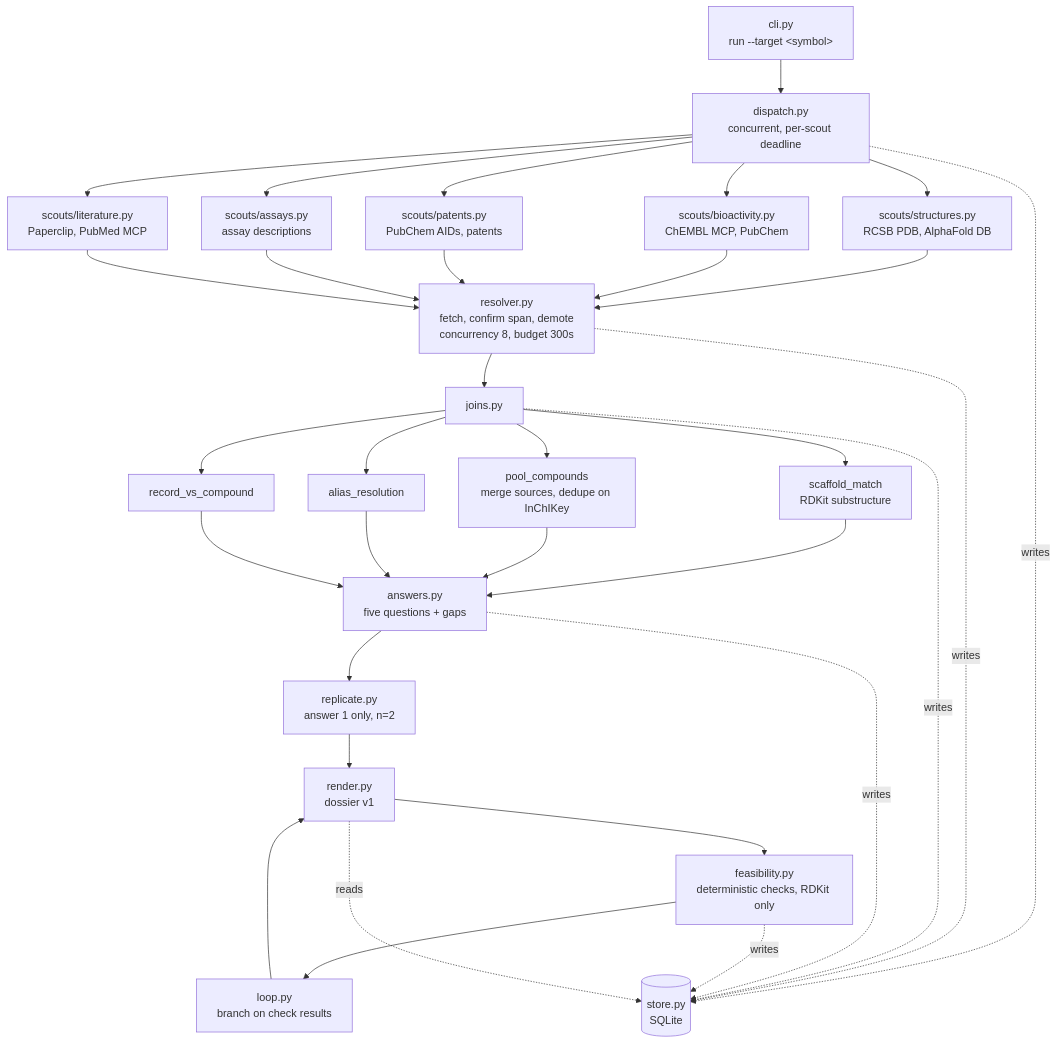
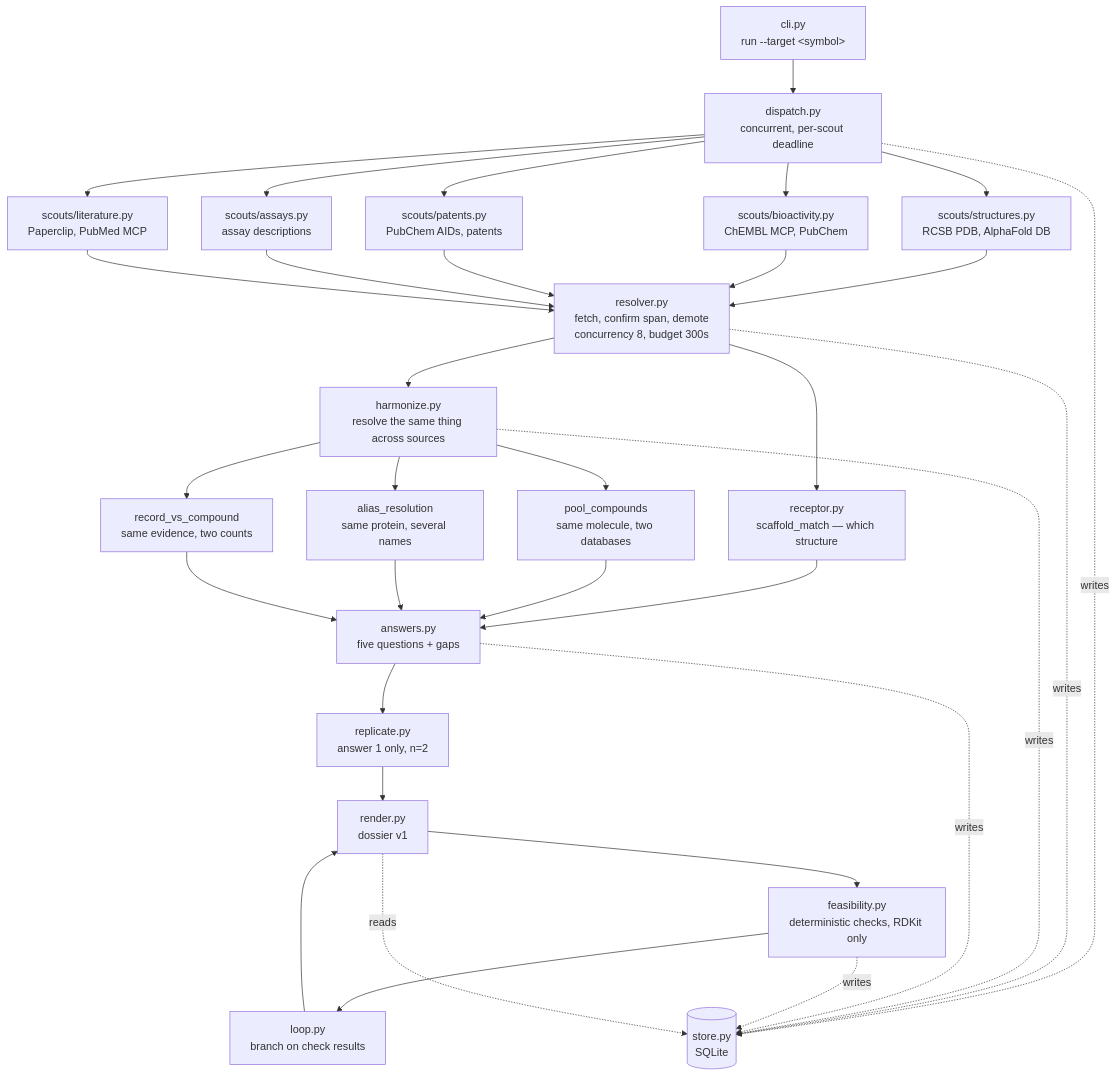
One commit to kowsercse/pgrn-lead-optimization changed the first of 4 diagrams in docs/ARCHITECTURE.md. Above: the diagram before and after it, drawn with Mermaid. The commit also changed other lines of this file and 9 other files, not shown here.

````diff
--- a/docs/ARCHITECTURE.md
+++ b/docs/ARCHITECTURE.md
@@ -8,43 +8,43 @@
 ```mermaid
 flowchart TD
     CLI["cli.py<br/>run --target &lt;symbol&gt;"]
     STORE[("store.py<br/>SQLite")]
 
     CLI --> DISPATCH["dispatch.py<br/>concurrent, per-scout deadline"]
 
     DISPATCH --> SC1["scouts/structures.py<br/>RCSB PDB, AlphaFold DB"]
     DISPATCH --> SC2["scouts/bioactivity.py<br/>ChEMBL MCP, PubChem"]
     DISPATCH --> SC3["scouts/patents.py<br/>PubChem AIDs, patents"]
     DISPATCH --> SC4["scouts/assays.py<br/>assay descriptions"]
     DISPATCH --> SC5["scouts/literature.py<br/>Paperclip, PubMed MCP"]
 
     SC1 --> RES["resolver.py<br/>fetch, confirm span, demote<br/>concurrency 8, budget 300s"]
     SC2 --> RES
     SC3 --> RES
     SC4 --> RES
     SC5 --> RES
 
-    RES --> JOINS["joins.py"]
-    JOINS --> J1["scaffold_match<br/>RDKit substructure"]
-    JOINS --> J2["pool_compounds<br/>merge sources, dedupe on InChIKey"]
-    JOINS --> J3["alias_resolution"]
-    JOINS --> J4["record_vs_compound"]
+    RES --> JOINS["harmonize.py<br/>resolve the same thing across sources"]
+    JOINS --> J2["pool_compounds<br/>same molecule, two databases"]
+    JOINS --> J3["alias_resolution<br/>same protein, several names"]
+    JOINS --> J4["record_vs_compound<br/>same evidence, two counts"]
 
-    J1 --> ANS["answers.py<br/>five questions + gaps"]
+    RECEPTOR["receptor.py<br/>scaffold_match — which structure"] --> ANS["answers.py<br/>five questions + gaps"]
+    RES --> RECEPTOR
     J2 --> ANS
     J3 --> ANS
     J4 --> ANS
 
     ANS --> REP["replicate.py<br/>answer 1 only, n=2"]
     REP --> RENDER["render.py<br/>dossier v1"]
     RENDER --> CHK["feasibility.py<br/>deterministic checks, RDKit only"]
     CHK --> LOOP["loop.py<br/>branch on check results"]
     LOOP --> RENDER
 
     DISPATCH -.writes.-> STORE
     RES -.writes.-> STORE
     JOINS -.writes.-> STORE
     ANS -.writes.-> STORE
     CHK -.writes.-> STORE
     RENDER -.reads.-> STORE
 ```
````
